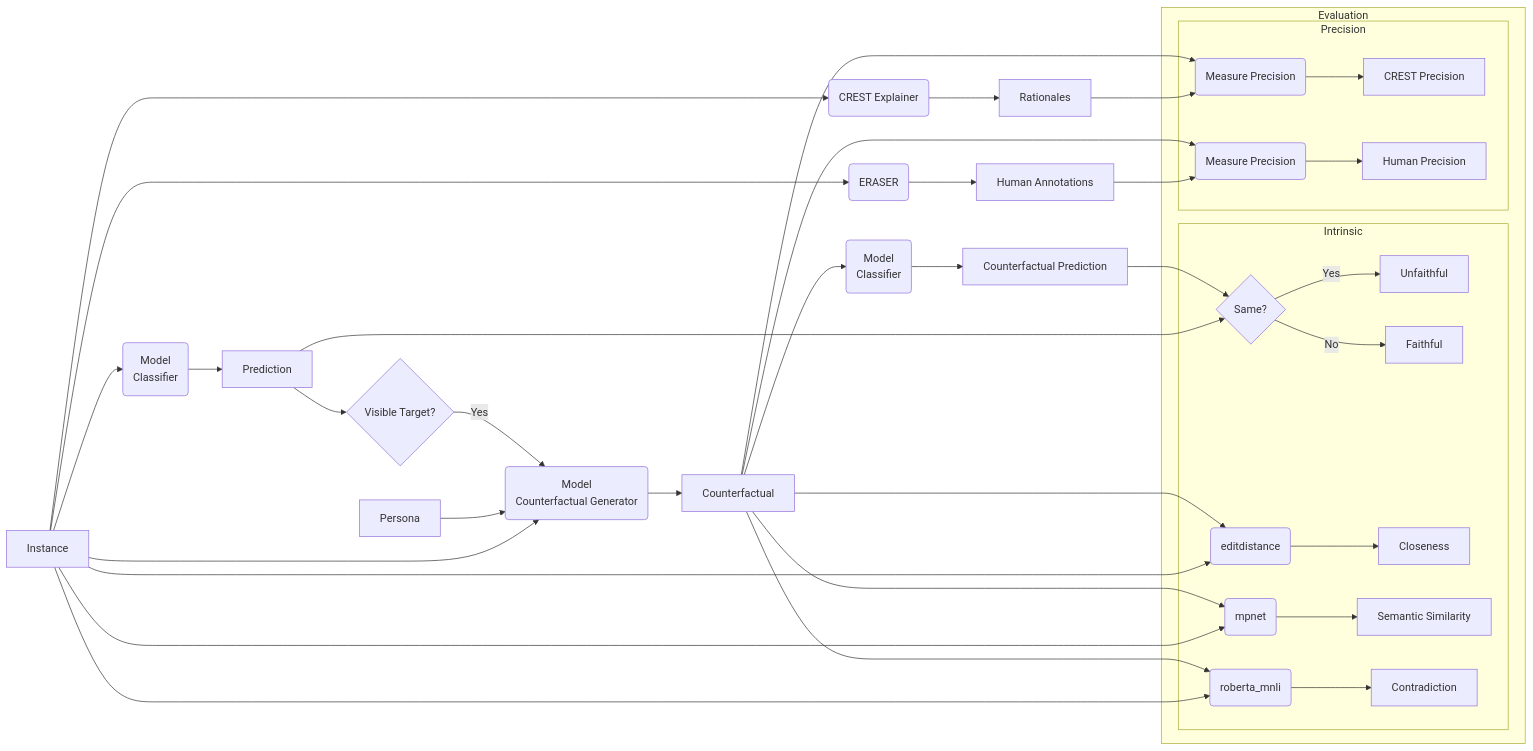
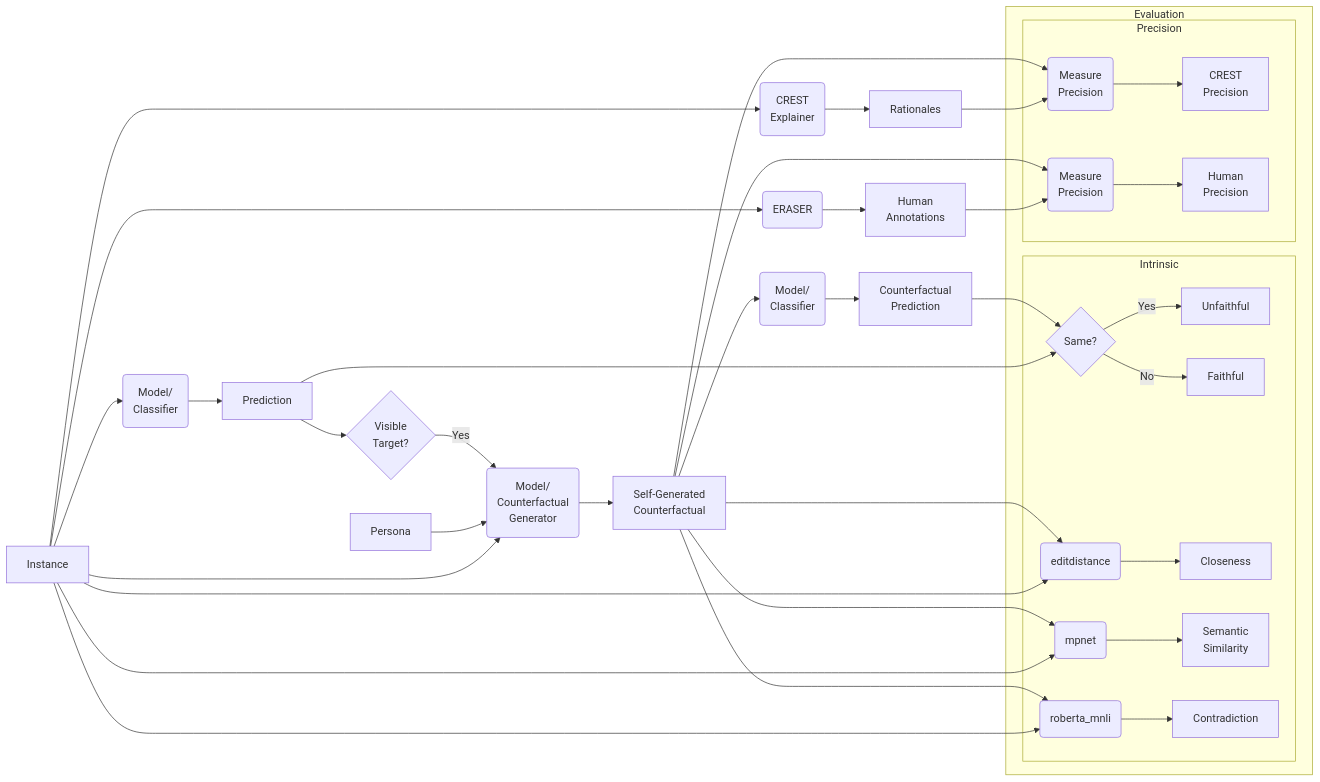
The diagram in README.md (gianniskalyvas/llm-posthoc-explainability), drawn with Mermaid before and after one commit. The commit also changed other lines of this file and 22 other files, not shown here.

````diff
--- a/README.md
+++ b/README.md
@@ -41,62 +41,61 @@
 ```mermaid
 flowchart LR
     A[Instance]
 
     %% Left branch: Explanations
     A --> B(ERASER)
-    B --> C[Human Annotations]
+    B --> C[Human<br/>Annotations]
 
 
-    A --> F(CREST Explainer)
+    A --> F(CREST<br/>Explainer)
     F --> G[Rationales]
 
 
     %% Middle: Prediction
-    A --> J(Model<br/>Classifier)
+    A --> J(Model/<br/>Classifier)
     J --> K[Prediction]
 
     %% Right branch: Counterfactuals
-    L[Persona]
-    A --> M(Model<br/>Counterfactual Generator)
-    L --> M
-    K --> W{Visible Target?}
+    A --> M(Model/<br/>Counterfactual<br/>Generator)
+    L[Persona] --> M
+    K --> W{Visible<br/>Target?}
     W --> |Yes|M
 
-    M --> N[Counterfactual]
-    N --> O(Model<br/>Classifier)
-    O --> P[Counterfactual Prediction]
+    M --> N[Self-Generated<br/>Counterfactual]
+    N --> O(Model/<br/>Classifier)
+    O --> P[Counterfactual<br/>Prediction]
 
     %% Evaluation logic
     K --> Q{Same?}
     P --> Q
     
     A --> T(editdistance)
     N --> T
     A --> IA(mpnet)
     N --> IA
     A --> IC(roberta_mnli)
     N --> IC
 
-    G --> H(Measure Precision)
+    G --> H(Measure<br/>Precision)
     N --> H
-    C --> D(Measure Precision)
+    C --> D(Measure<br/>Precision)
     N --> D
 
     subgraph IB[Evaluation]
 
       subgraph IE[Intrinsic]
           Q -->|Yes| R[Unfaithful]
           Q -->|No| S[Faithful]
           T --> U[Closeness]
-          IA --> V[Semantic Similarity]
+          IA --> V[Semantic<br/>Similarity]
           IC --> ID[Contradiction]
       end
 
       subgraph IF[Precision]
-        H --> I[CREST Precision]
-        D --> E[Human Precision]
+        H --> I[CREST<br/>Precision]
+        D --> E[Human<br/>Precision]
       end
 
     end
 
 ```
````
